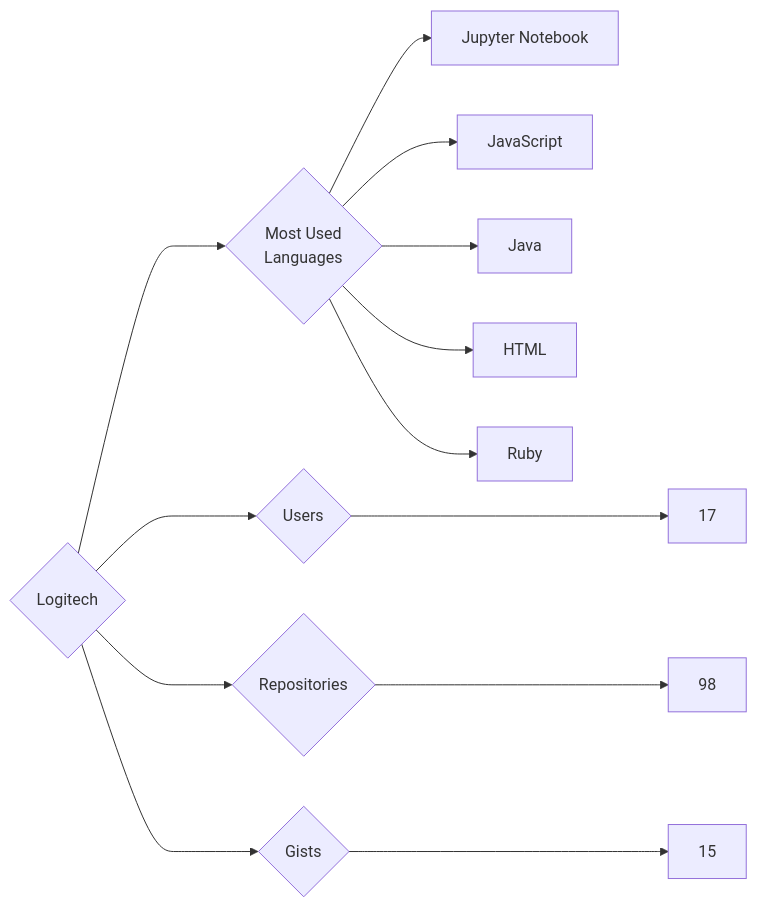
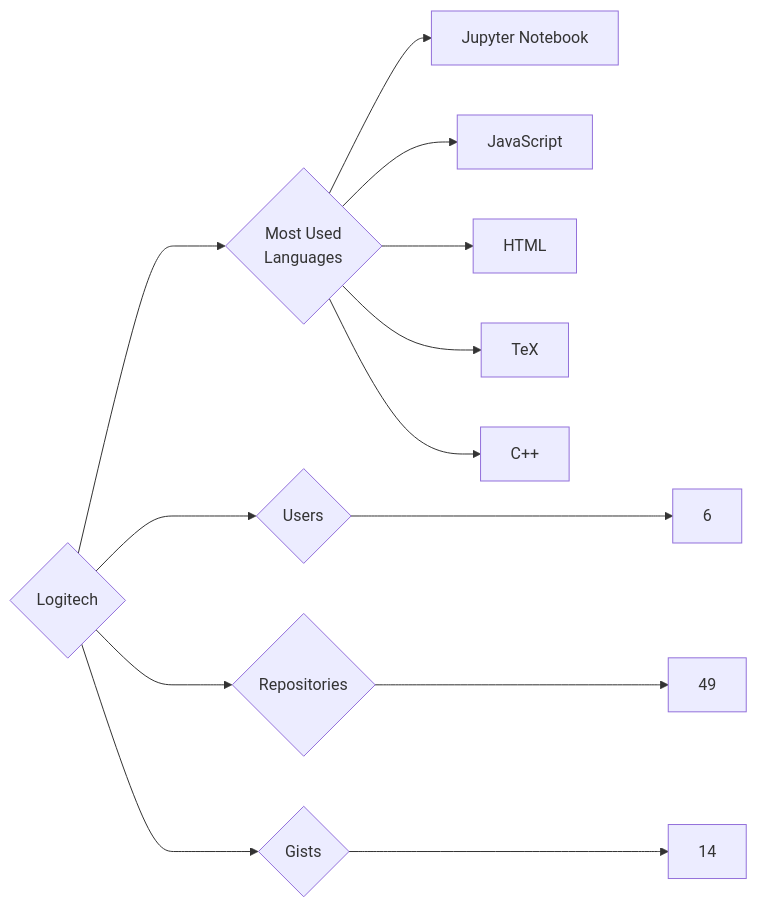
The diagram in targets/Logitech/README.md (trickest/insiders), drawn with Mermaid before and after one commit. The commit also changed 924 other files, not shown here.

````diff
--- a/targets/Logitech/README.md
+++ b/targets/Logitech/README.md
@@ -3,13 +3,13 @@
 ```mermaid
 graph LR
 COMPANY_NAME{Logitech}
-COMPANY_NAME ---> U{Users} ---> UN[17]
-COMPANY_NAME ---> R{Repositories} ---> RN[98]
-COMPANY_NAME ---> G{Gists} ---> GN[15]
+COMPANY_NAME ---> U{Users} ---> UN[6]
+COMPANY_NAME ---> R{Repositories} ---> RN[49]
+COMPANY_NAME ---> G{Gists} ---> GN[14]
 COMPANY_NAME ---> ML{Most Used<br>Languages}
 ML --> Jupyter_Notebook[Jupyter Notebook]
 ML --> JavaScript[JavaScript]
-ML --> Java[Java]
 ML --> HTML[HTML]
-ML --> Ruby[Ruby]
+ML --> TeX[TeX]
+ML --> C++[C++]
 ```
````
